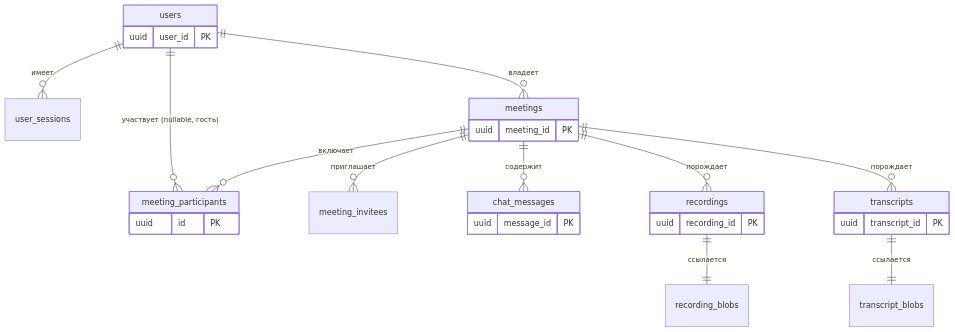
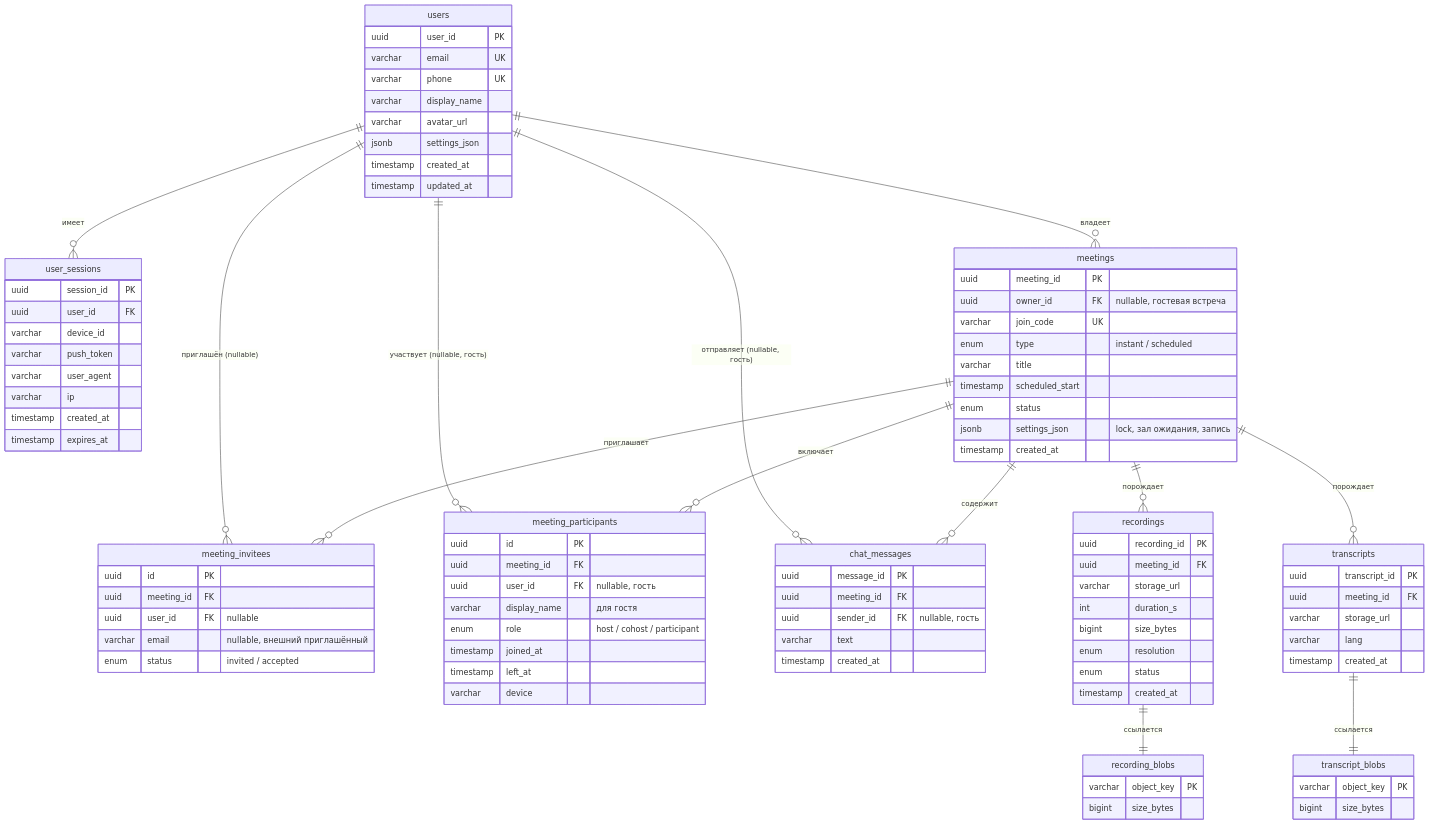
One commit to armishev/highload_course_project changed the third of 5 diagrams in README.md. Above: the diagram before and after it, drawn with Mermaid. The commit also changed other lines of this file, not shown here.

````diff
--- a/README.md
+++ b/README.md
@@ -712,7 +741,9 @@
 erDiagram
     users ||--o{ user_sessions : "имеет"
     users ||--o{ meetings : "владеет"
+    users ||--o{ meeting_invitees : "приглашён (nullable)"
     users ||--o{ meeting_participants : "участвует (nullable, гость)"
+    users ||--o{ chat_messages : "отправляет (nullable, гость)"
     meetings ||--o{ meeting_invitees : "приглашает"
     meetings ||--o{ meeting_participants : "включает"
     meetings ||--o{ chat_messages : "содержит"
@@ -723,20 +754,82 @@
 
     users {
         uuid user_id PK
+        varchar email UK
+        varchar phone UK
+        varchar display_name
+        varchar avatar_url
+        jsonb settings_json
+        timestamp created_at
+        timestamp updated_at
+    }
+    user_sessions {
+        uuid session_id PK
+        uuid user_id FK
+        varchar device_id
+        varchar push_token
+        varchar user_agent
+        varchar ip
+        timestamp created_at
+        timestamp expires_at
     }
     meetings {
         uuid meeting_id PK
+        uuid owner_id FK "nullable, гостевая встреча"
+        varchar join_code UK
+        enum type "instant / scheduled"
+        varchar title
+        timestamp scheduled_start
+        enum status
+        jsonb settings_json "lock, зал ожидания, запись"
+        timestamp created_at
+    }
+    meeting_invitees {
+        uuid id PK
+        uuid meeting_id FK
+        uuid user_id FK "nullable"
+        varchar email "nullable, внешний приглашённый"
+        enum status "invited / accepted"
     }
     meeting_participants {
         uuid id PK
+        uuid meeting_id FK
+        uuid user_id FK "nullable, гость"
+        varchar display_name "для гостя"
+        enum role "host / cohost / participant"
+        timestamp joined_at
+        timestamp left_at
+        varchar device
     }
     chat_messages {
         uuid message_id PK
+        uuid meeting_id FK
+        uuid sender_id FK "nullable, гость"
+        varchar text
+        timestamp created_at
     }
     recordings {
         uuid recording_id PK
+        uuid meeting_id FK
+        varchar storage_url
+        int duration_s
+        bigint size_bytes
+        enum resolution
+        enum status
+        timestamp created_at
     }
     transcripts {
         uuid transcript_id PK
+        uuid meeting_id FK
+        varchar storage_url
+        varchar lang
+        timestamp created_at
+    }
+    recording_blobs {
+        varchar object_key PK
+        bigint size_bytes
+    }
+    transcript_blobs {
+        varchar object_key PK
+        bigint size_bytes
     }
 ```
````
